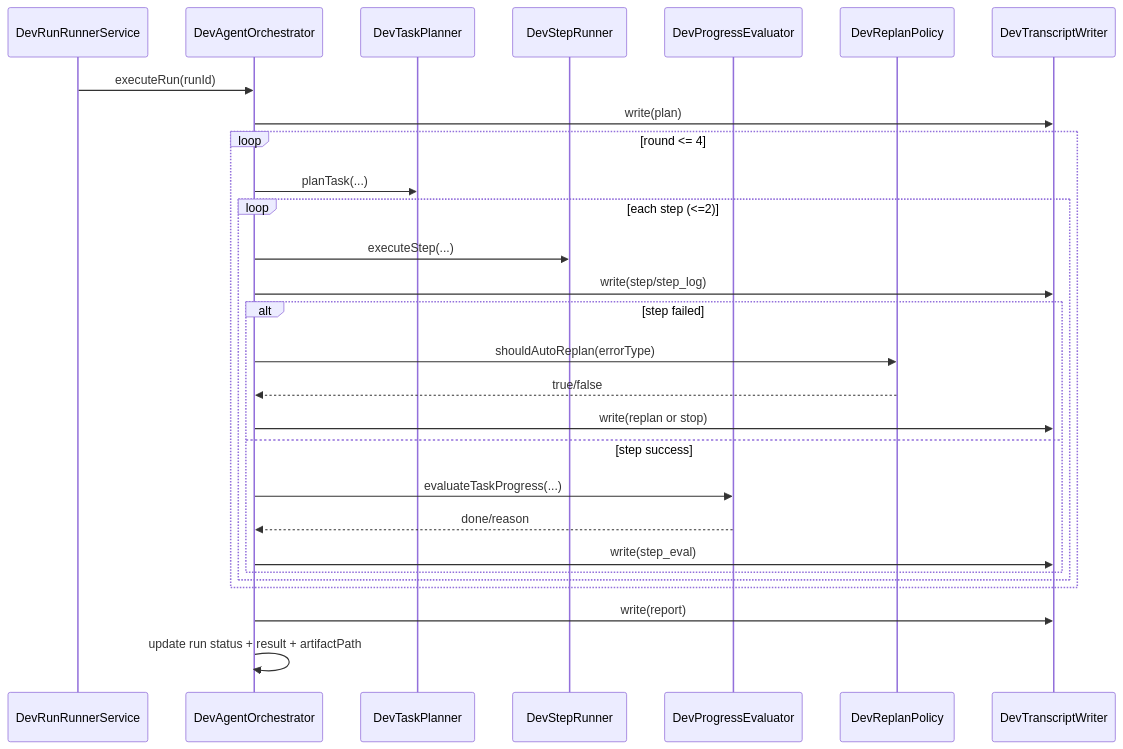
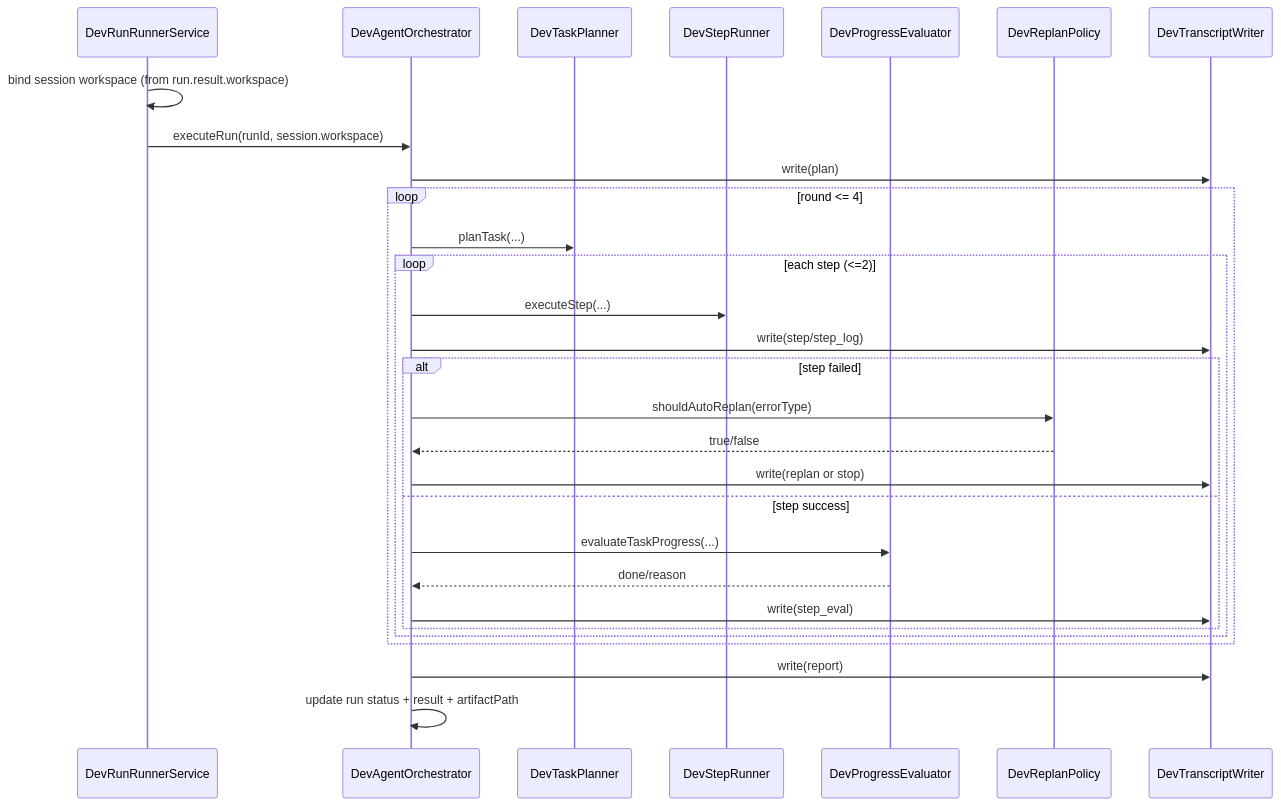
One commit to xuhailin/xiaoqing changed the third of 3 diagrams in docs/dev-agent-architecture.md. Above: the diagram before and after it, drawn with Mermaid. The commit also changed other lines of this file and 22 other files, not shown here.

````diff
--- a/docs/dev-agent-architecture.md
+++ b/docs/dev-agent-architecture.md
@@ -249,31 +274,32 @@
 ```mermaid
 sequenceDiagram
   participant Q as DevRunRunnerService
   participant O as DevAgentOrchestrator
   participant P as DevTaskPlanner
   participant R as DevStepRunner
   participant E as DevProgressEvaluator
   participant RP as DevReplanPolicy
   participant T as DevTranscriptWriter
 
-  Q->>O: executeRun(runId)
+  Q->>Q: bind session workspace (from run.result.workspace)
+  Q->>O: executeRun(runId, session.workspace)
   O->>T: write(plan)
   loop round <= 4
     O->>P: planTask(...)
     loop each step (<=2)
       O->>R: executeStep(...)
       O->>T: write(step/step_log)
       alt step failed
         O->>RP: shouldAutoReplan(errorType)
         RP-->>O: true/false
         O->>T: write(replan or stop)
       else step success
         O->>E: evaluateTaskProgress(...)
         E-->>O: done/reason
         O->>T: write(step_eval)
       end
     end
   end
   O->>T: write(report)
   O->>O: update run status + result + artifactPath
 ```
````
